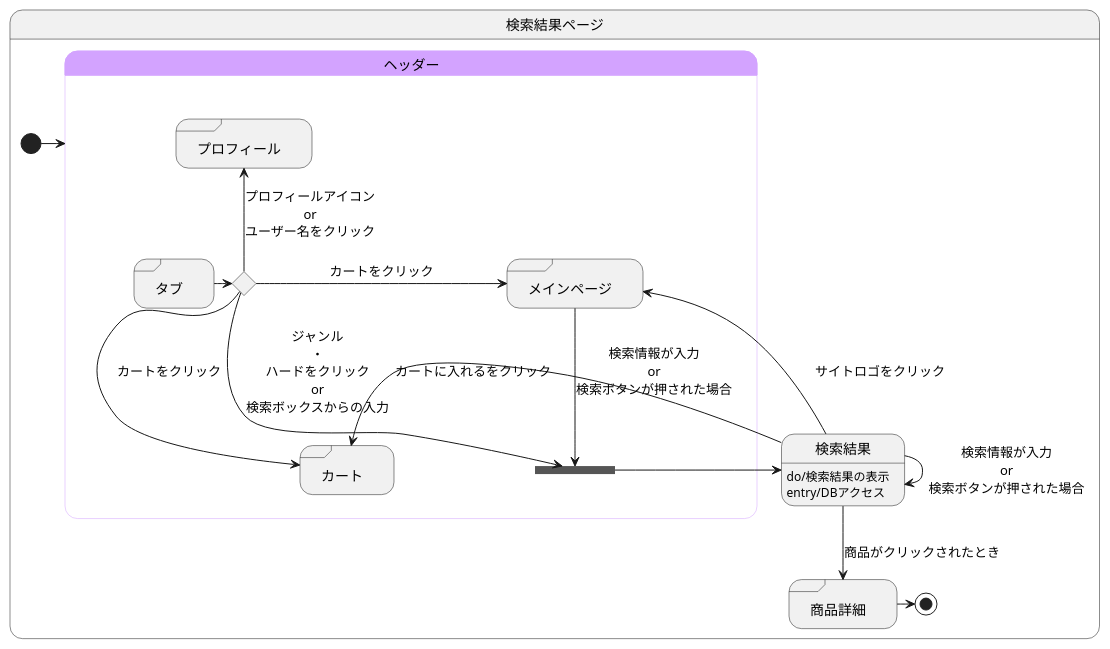
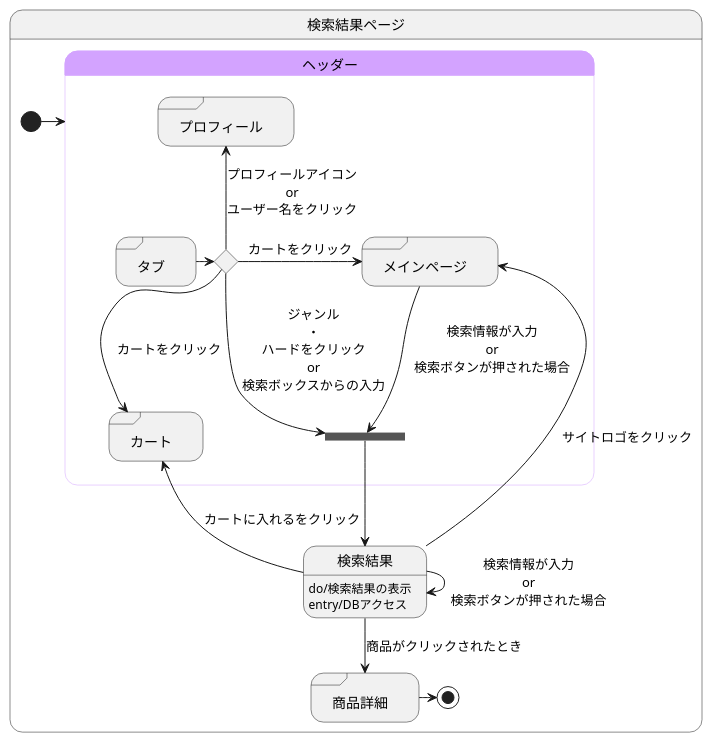
Before and after one commit to akutori/T-D-E: the diagram in 検索結果.md, drawn with PlantUML.

Commit message:
修正

````diff
--- a/検索結果.md
+++ b/検索結果.md
@@ -1,45 +1,45 @@
 ```uml
 @startuml
 state 検索結果ページ{
 
 
     state 検索結果:do/検索結果の表示
     state 検索結果:entry/DBアクセス
     state "商品詳細" as goodsdetail <<sdlreceive>>
     
 
 
     [*] -> ヘッダー
     
     検索結果 --> goodsdetail :商品がクリックされたとき
     検索結果 --> 検索結果 :検索情報が入力\nor\n検索ボタンが押された場合
     goodsdetail -> [*]
     
 
     state ヘッダー<<headder>>{
         state join_header <<join>>
         state ifinput <<choice>>
         state "タブ" as tab <<sdlreceive>>
         state "カート" as cart <<sdlreceive>>
         state "プロフィール" as profile <<sdlreceive>>
         state "メインページ" as mainpage <<sdlreceive>>
 
         tab -> ifinput 
         ifinput --> cart :カートをクリック
         ifinput -up-> profile :プロフィールアイコン\nor\nユーザー名をクリック
         ifinput -> mainpage :カートをクリック
         ifinput --> join_header :ジャンル\n・\nハードをクリック\nor\n検索ボックスからの入力
 
         mainpage --> join_header :検索情報が入力\nor\n検索ボタンが押された場合
-        検索結果 --> mainpage :サイトロゴをクリック
+        検索結果 -up-> mainpage :サイトロゴをクリック
         join_header --> 検索結果
         検索結果 -left-> cart : カートに入れるをクリック
     }
 
     skinparam stateBorderColor<<headder>> #d3a3ff
     state ヘッダー #d3a3ff
 
 }
 
 @enduml
 ```
````
